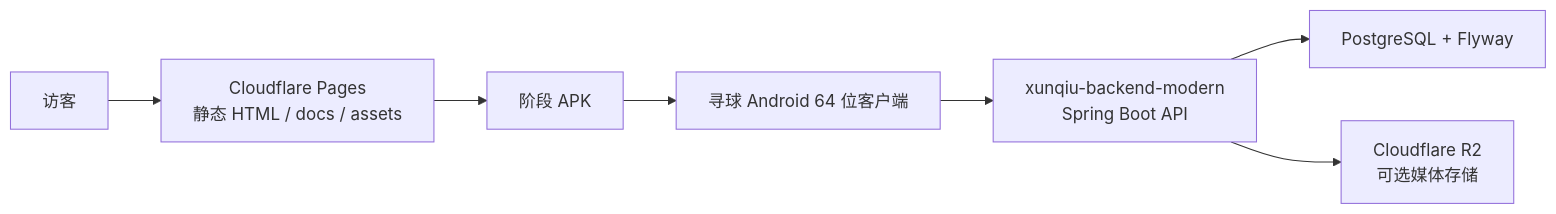
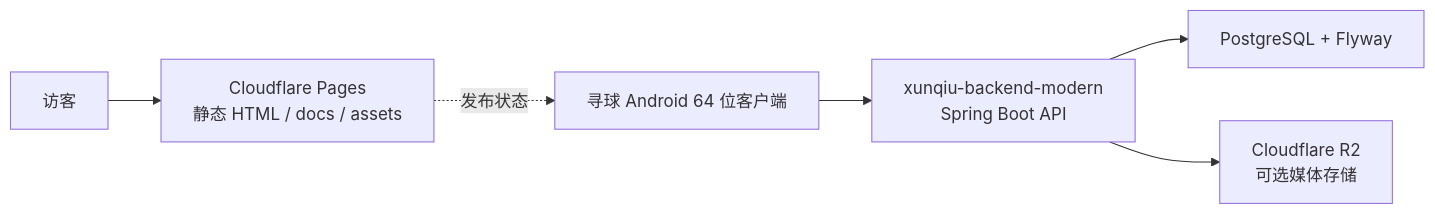
The diagram in README.zh-CN.md (Drew-Z/xunqiu), drawn with Mermaid before and after one commit. The commit also changed other lines of this file and 9 other files, not shown here.

````diff
--- a/README.zh-CN.md
+++ b/README.zh-CN.md
@@ -17,17 +17,15 @@
 ```mermaid
 flowchart LR
   visitor["访客"]
   pages["Cloudflare Pages\n静态 HTML / docs / assets"]
-  apk["阶段 APK"]
   android["寻球 Android 64 位客户端"]
   backend["xunqiu-backend-modern\nSpring Boot API"]
   db["PostgreSQL + Flyway"]
   r2["Cloudflare R2\n可选媒体存储"]
 
   visitor --> pages
-  pages --> apk
-  apk --> android
+  pages -. "发布状态" .-> android
   android --> backend
   backend --> db
   backend --> r2
 ```
````
